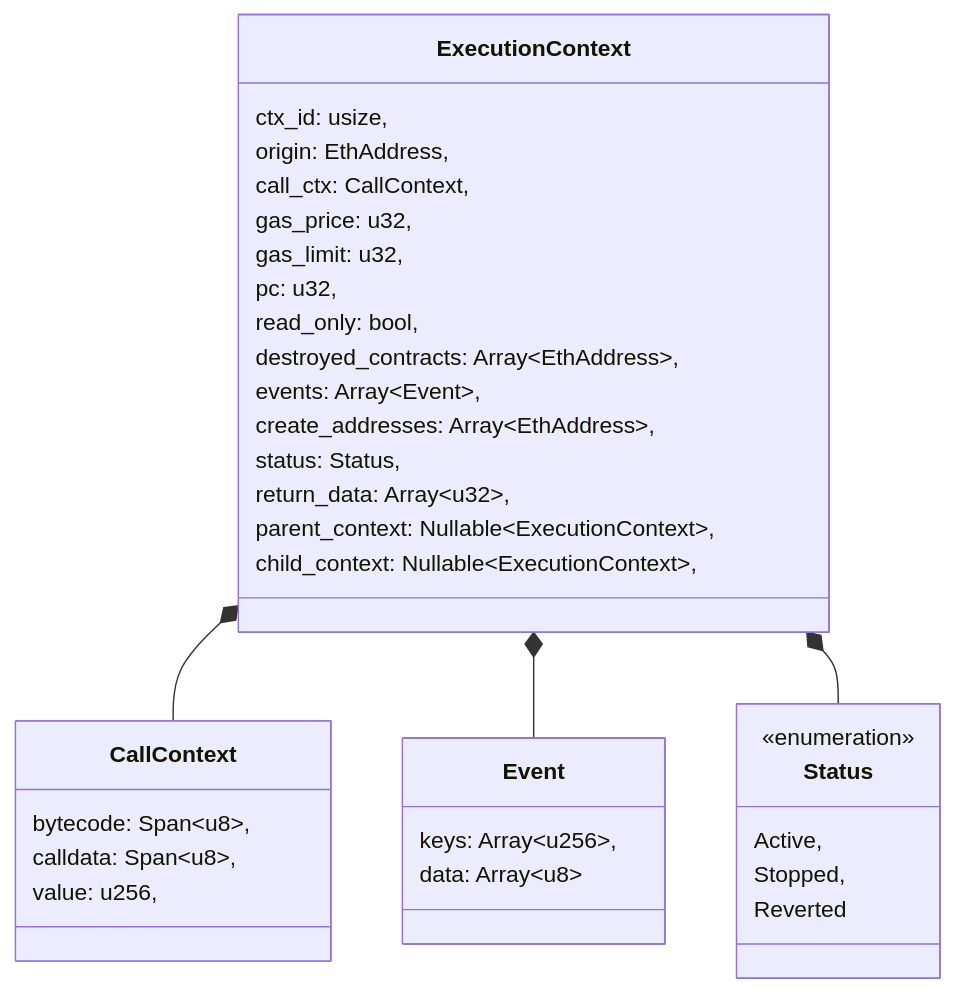
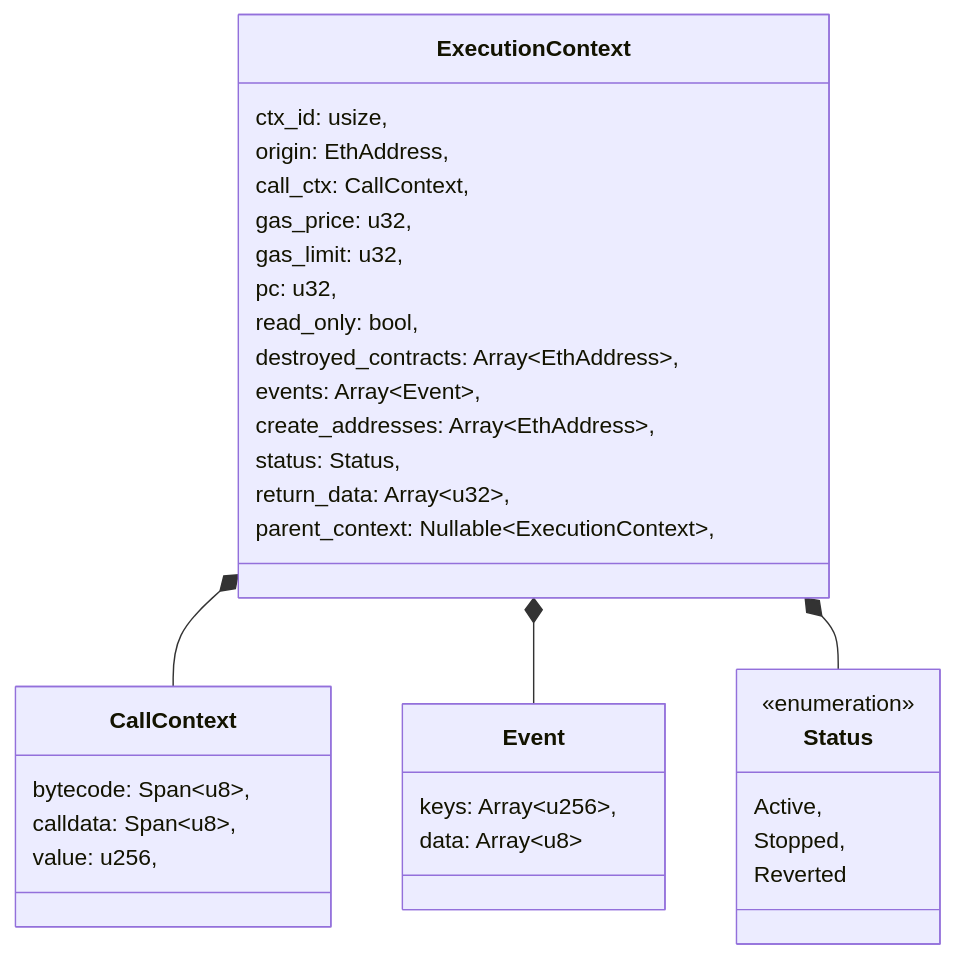
Before and after one commit to kkrt-labs/kakarot-ssj: the first of 2 diagrams in docs/general/execution_context.md, drawn with Mermaid. The commit also changed 29 other files, not shown here.

````diff
--- a/docs/general/execution_context.md
+++ b/docs/general/execution_context.md
@@ -16,41 +16,40 @@
 ```mermaid
 classDiagram
     class ExecutionContext{
         ctx_id: usize,
         origin: EthAddress,
         call_ctx: CallContext,
         gas_price: u32,
         gas_limit: u32,
         pc: u32,
         read_only: bool,
         destroyed_contracts: Array~EthAddress~,
         events: Array~Event~,
         create_addresses: Array~EthAddress~,
         status: Status,
         return_data: Array~u32~,
         parent_context: Nullable~ExecutionContext~,
-        child_context: Nullable~ExecutionContext~,
     }
 
     class CallContext{
         bytecode: Span~u8~,
         calldata: Span~u8~,
         value: u256,
     }
 
     class Event{
         keys: Array~u256~,
         data: Array~u8~
     }
 
     class Status{
     <<enumeration>>
       Active,
       Stopped,
       Reverted
     }
 
     ExecutionContext *-- CallContext
     ExecutionContext *-- Event
     ExecutionContext *-- Status
 ```
````
